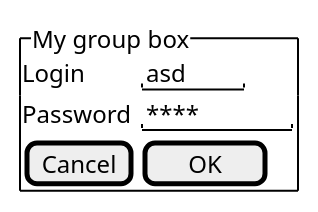
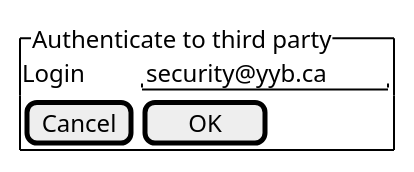
The fourth of 8 diagrams in app_ui.pu (BlackthornYugen/d2x), drawn with PlantUML before and after one commit. The commit also changed other lines of this file and 3 other files, not shown here.

```diff
--- a/app_ui.pu
+++ b/app_ui.pu
@@ -20,8 +121,7 @@
-@startsalt b
-{^"My group box"
-  Login    | "asd   "
-  Password | "****     "
+@startsalt AuthTrusted
+{^"Authenticate to third party"
+  Login    | "security@yyb.ca"
   [Cancel] | [  OK   ]
 }
 
 @endsalt
```
